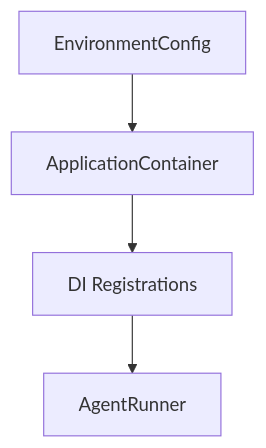
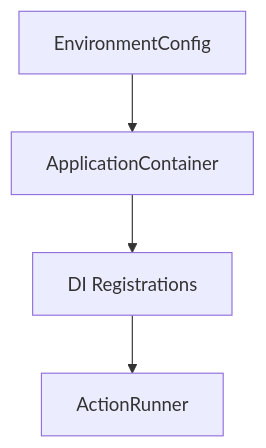
One commit to Muizzkolapo/agent-actions changed the first of 2 diagrams in agent_actions/config/_MANIFEST.md. Above: the diagram before and after it, drawn with Mermaid. The commit also changed other lines of this file and 114 other files, not shown here.

First line of the commit message:
Rename agent → action for single workflow nodes (#1140)

````diff
--- a/agent_actions/config/_MANIFEST.md
+++ b/agent_actions/config/_MANIFEST.md
@@ -41,6 +41,6 @@
 ```mermaid
 flowchart TD
     A[EnvironmentConfig] --> B[ApplicationContainer]
     B --> C[DI Registrations]
-    C --> D[AgentRunner]
+    C --> D[ActionRunner]
 ```
````
